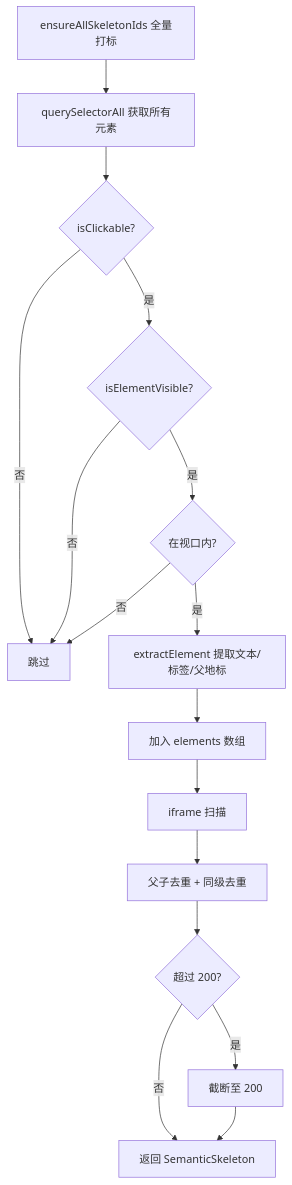
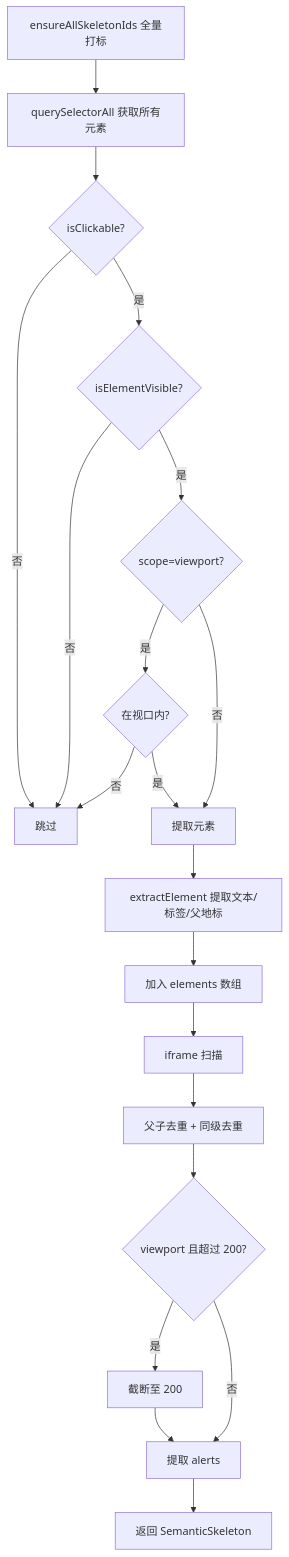
One commit to zw123zw/ai-browser changed the second of 6 diagrams in docs/architecture/browser-command.md. Above: the diagram before and after it, drawn with Mermaid. The commit also changed other lines of this file and 10 other files, not shown here.

````diff
--- a/docs/architecture/browser-command.md
+++ b/docs/architecture/browser-command.md
@@ -166,18 +187,22 @@
 ```mermaid
 flowchart TD
     A[ensureAllSkeletonIds 全量打标] --> B[querySelectorAll 获取所有元素]
     B --> C{isClickable?}
     C -->|否| D[跳过]
     C -->|是| E{isElementVisible?}
     E -->|否| D
-    E -->|是| F{在视口内?}
-    F -->|否| D
-    F -->|是| G[extractElement 提取文本/标签/父地标]
-    G --> H[加入 elements 数组]
-    H --> I[iframe 扫描]
-    I --> J[父子去重 + 同级去重]
-    J --> K{超过 200?}
-    K -->|是| L[截断至 200]
-    K -->|否| M[返回 SemanticSkeleton]
-    L --> M
+    E -->|是| F{scope=viewport?}
+    F -->|是| G{在视口内?}
+    F -->|否| H[提取元素]
+    G -->|否| D
+    G -->|是| H
+    H --> I[extractElement 提取文本/标签/父地标]
+    I --> J[加入 elements 数组]
+    J --> K[iframe 扫描]
+    K --> L[父子去重 + 同级去重]
+    L --> M{viewport 且超过 200?}
+    M -->|是| N[截断至 200]
+    M -->|否| O[提取 alerts]
+    N --> O
+    O --> P[返回 SemanticSkeleton]
 ```
````
